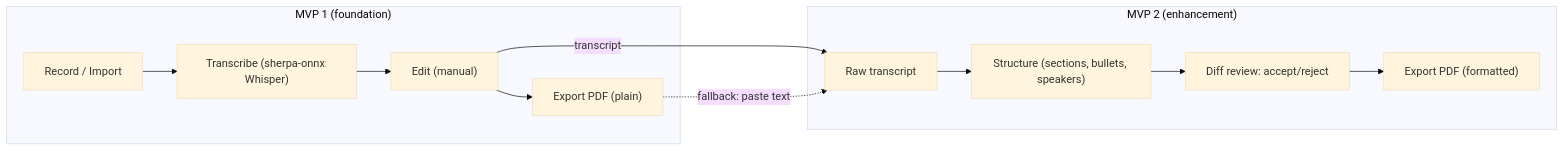
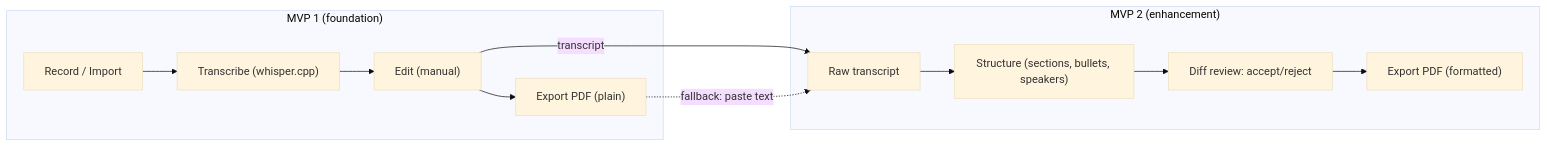
Before and after one commit to Franck-Sorel/voice-to-pdf: the first of 2 diagrams in docs/PRD.md, drawn with Mermaid (base theme). The commit also changed other lines of this file and 7 other files, not shown here.

First line of the commit message:
docs: reverse sherpa-onnx to whisper.cpp across PRD/ARCH/NFR/ROADMAP/SETUP/README

````diff
--- a/docs/PRD.md
+++ b/docs/PRD.md
@@ -180,15 +180,15 @@
 ```mermaid
 flowchart LR
     subgraph MVP1["MVP 1 (foundation)"]
-        A["Record / Import"] --> B["Transcribe (sherpa-onnx Whisper)"]
+        A["Record / Import"] --> B["Transcribe (whisper.cpp)"]
         B --> C["Edit (manual)"]
         C --> D["Export PDF (plain)"]
     end
     subgraph MVP2["MVP 2 (enhancement)"]
         E["Raw transcript"] --> F["Structure (sections, bullets, speakers)"]
         F --> G["Diff review: accept/reject"]
         G --> H["Export PDF (formatted)"]
     end
     C -->|"transcript"| E
     D -.->|"fallback: paste text"| E
 ```
````
